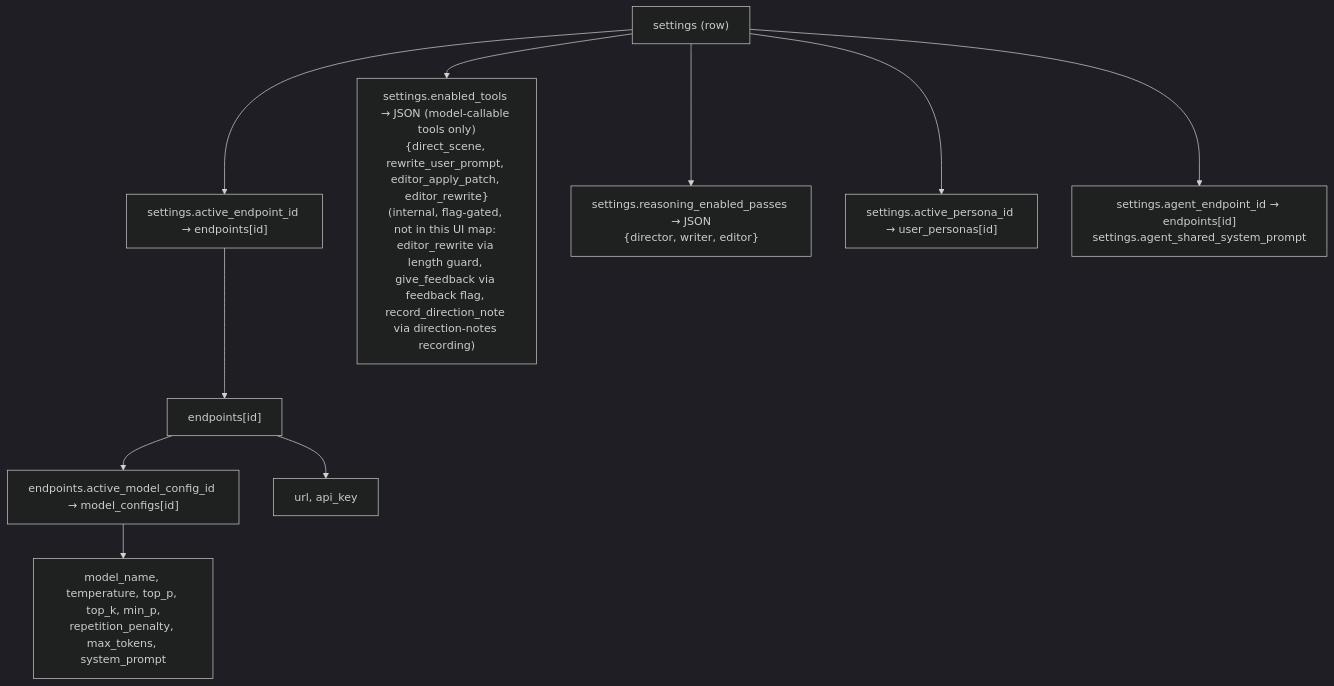
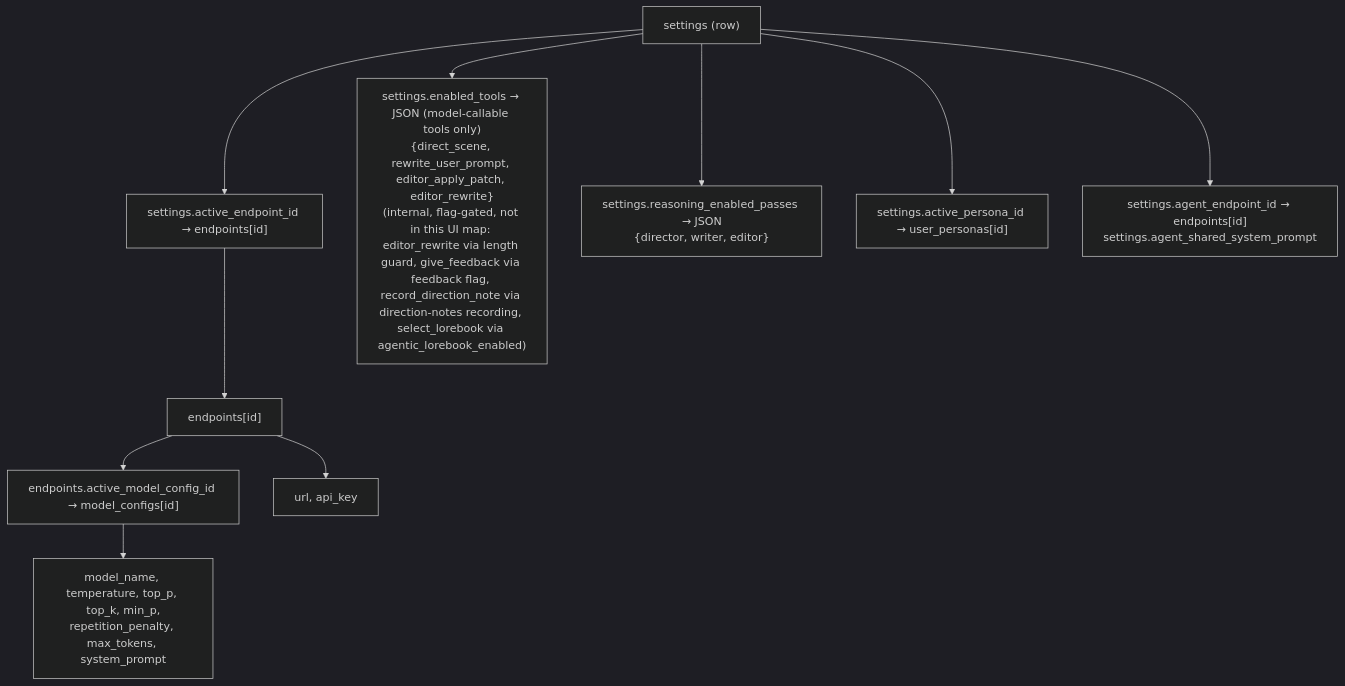
One commit to hpnyaggerman/Orb changed the fourth of 4 diagrams in AGENTS.md. Above: the diagram before and after it, drawn with Mermaid (dark theme). The commit also changed other lines of this file and 15 other files, not shown here.

Commit message:
decouple agentic lorebook from fragment direction

````diff
--- a/AGENTS.md
+++ b/AGENTS.md
@@ -557,13 +558,13 @@
 ```mermaid
 flowchart TD
     settings["settings (row)"] --> active_endpoint["settings.active_endpoint_id → endpoints[id]"]
-    settings --> enabled_tools["settings.enabled_tools → JSON (model-callable tools only)<br/>{direct_scene, rewrite_user_prompt, editor_apply_patch, editor_rewrite}<br/>(internal, flag-gated, not in this UI map: editor_rewrite via length guard, give_feedback via feedback flag, record_direction_note via direction-notes recording)"]
+    settings --> enabled_tools["settings.enabled_tools → JSON (model-callable tools only)<br/>{direct_scene, rewrite_user_prompt, editor_apply_patch, editor_rewrite}<br/>(internal, flag-gated, not in this UI map: editor_rewrite via length guard, give_feedback via feedback flag, record_direction_note via direction-notes recording, select_lorebook via agentic_lorebook_enabled)"]
     settings --> reasoning["settings.reasoning_enabled_passes → JSON<br/>{director, writer, editor}"]
     settings --> persona["settings.active_persona_id → user_personas[id]"]
     settings --> agent["settings.agent_endpoint_id → endpoints[id]<br/>settings.agent_shared_system_prompt"]
 
     active_endpoint --> endpoints["endpoints[id]"]
     endpoints --> model_config["endpoints.active_model_config_id → model_configs[id]"]
     endpoints --> api_details["url, api_key"]
     model_config --> params["model_name, temperature, top_p, top_k, min_p,<br/>repetition_penalty, max_tokens, system_prompt"]
 ```
````
